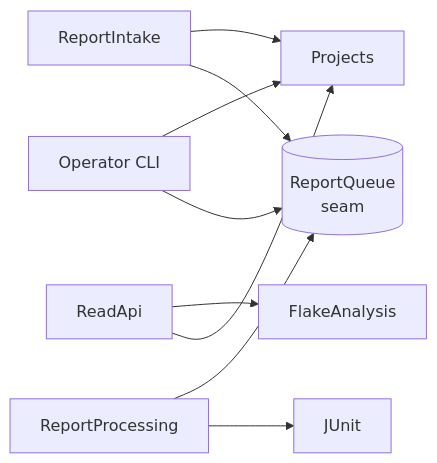
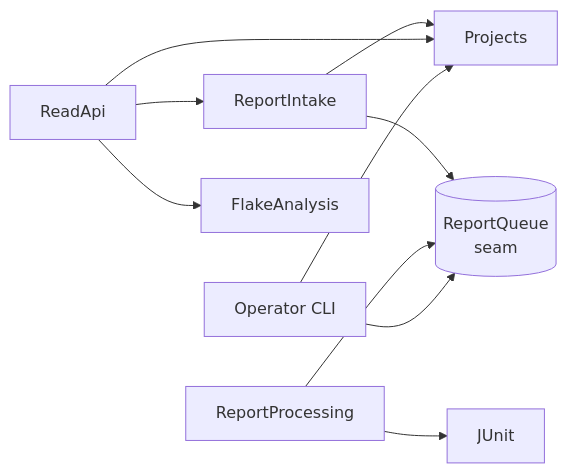
The third of 5 diagrams in docs/03-design.md (bhdnhai/flaky-test-tracker), drawn with Mermaid before and after one commit. The commit also changed other lines of this file and 48 other files, not shown here.

````diff
--- a/docs/03-design.md
+++ b/docs/03-design.md
@@ -129,11 +129,12 @@
 ```mermaid
 flowchart LR
     intake[ReportIntake] --> projects[Projects]
     intake --> queue[(ReportQueue<br/>seam)]
     processing[ReportProcessing] --> queue
     processing --> junit[JUnit]
     readapi[ReadApi] --> flake[FlakeAnalysis]
     readapi --> projects
+    readapi --> intake
     cli[Operator CLI] --> projects
     cli --> queue
 ```
````
